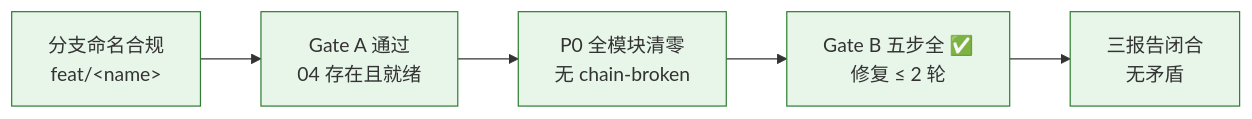
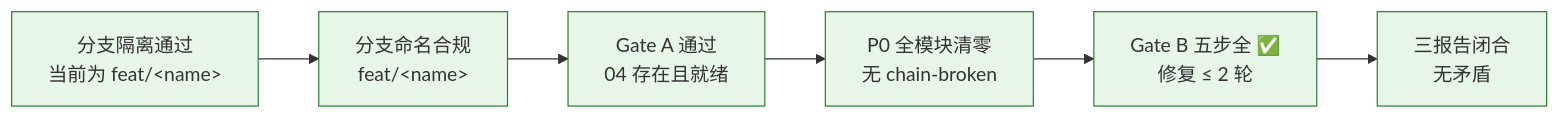
The tenth of 10 diagrams in rules/code-pipeline.md (effiy/YrY), drawn with Mermaid before and after one commit. The commit also changed other lines of this file and 9 other files, not shown here.

````diff
--- a/rules/code-pipeline.md
+++ b/rules/code-pipeline.md
@@ -233,9 +262,10 @@
 ```mermaid
 flowchart LR
-    S1["分支命名合规<br/>feat/&lt;name&gt;"]:::sig --> S2["Gate A 通过<br/>04 存在且就绪"]:::sig
+    S0["分支隔离通过<br/>当前为 feat/&lt;name&gt;"]:::sig --> S1["分支命名合规<br/>feat/&lt;name&gt;"]:::sig
+    S1 --> S2["Gate A 通过<br/>04 存在且就绪"]:::sig
     S2 --> S3["P0 全模块清零<br/>无 chain-broken"]:::sig
     S3 --> S4["Gate B 五步全 ✅<br/>修复 ≤ 2 轮"]:::sig
     S4 --> S5["三报告闭合<br/>无矛盾"]:::sig
 
     classDef sig fill:#e8f5e9,stroke:#2e7d32;
 ```
````
